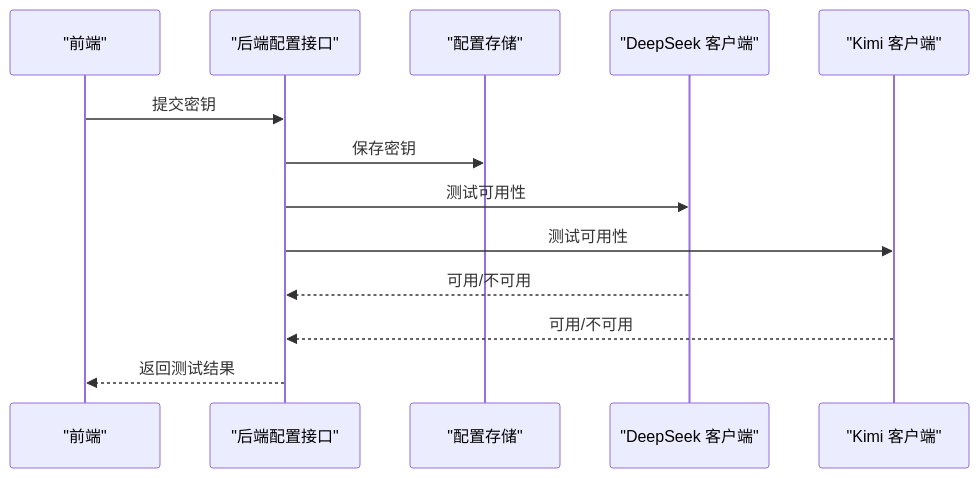
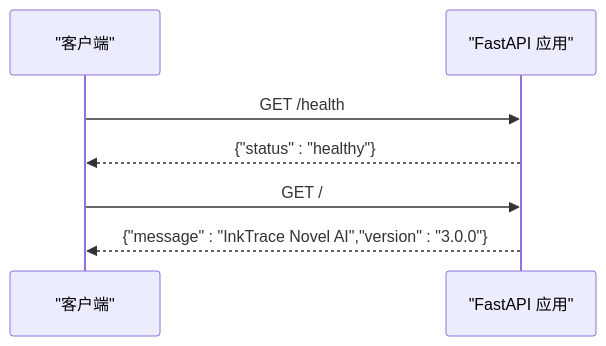
One commit to octsfm/InkTrace changed the sixth of 7 diagrams in .qoder/repowiki/zh/content/快速开始.md. Above: the diagram before and after it, drawn with Mermaid. The commit also changed other lines of this file and 179 other files, not shown here.

````diff
--- a/.qoder/repowiki/zh/content/快速开始.md
+++ b/.qoder/repowiki/zh/content/快速开始.md
@@ -221,15 +194,9 @@
 ```mermaid
 sequenceDiagram
-participant FE as "前端"
-participant API as "后端配置接口"
-participant CFG as "配置存储"
-participant DS as "DeepSeek 客户端"
-participant KM as "Kimi 客户端"
-FE->>API : 提交密钥
-API->>CFG : 保存密钥
-API->>DS : 测试可用性
-API->>KM : 测试可用性
-DS-->>API : 可用/不可用
-KM-->>API : 可用/不可用
-API-->>FE : 返回测试结果
+participant Client as "客户端"
+participant App as "FastAPI 应用"
+Client->>App : GET /health
+App-->>Client : {"status" : "healthy"}
+Client->>App : GET /
+App-->>Client : {"message" : "InkTrace Novel AI","version" : "3.0.0"}
 ```
````
